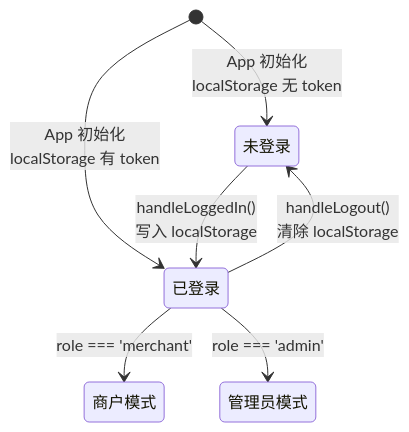
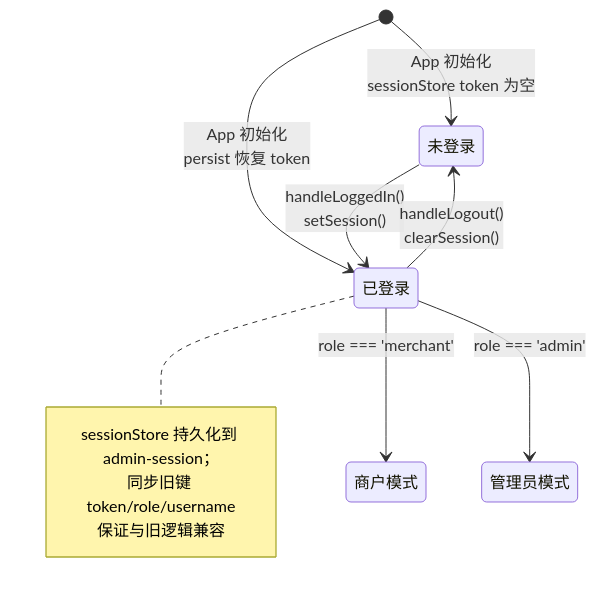
Before and after one commit to chendingya/EaseStay: the first of 3 diagrams in docs/admin/admin-state-api.md, drawn with Mermaid. The commit also changed other lines of this file and 4 other files, not shown here.

````diff
--- a/docs/admin/admin-state-api.md
+++ b/docs/admin/admin-state-api.md
@@ -40,11 +56,16 @@
 ```mermaid
 stateDiagram-v2
-    [*] --> 未登录: App 初始化<br/>localStorage 无 token
-    [*] --> 已登录: App 初始化<br/>localStorage 有 token
+    [*] --> 未登录: App 初始化<br/>sessionStore token 为空
+    [*] --> 已登录: App 初始化<br/>persist 恢复 token
 
-    未登录 --> 已登录: handleLoggedIn()<br/>写入 localStorage
-    已登录 --> 未登录: handleLogout()<br/>清除 localStorage
+    未登录 --> 已登录: handleLoggedIn()<br/>setSession()
+    已登录 --> 未登录: handleLogout()<br/>clearSession()
+    note right of 已登录
+      sessionStore 持久化到 admin-session；
+      同步旧键 token/role/username
+      保证与旧逻辑兼容
+    end note
 
     已登录 --> 商户模式: role === 'merchant'
     已登录 --> 管理员模式: role === 'admin'
 ```
````
